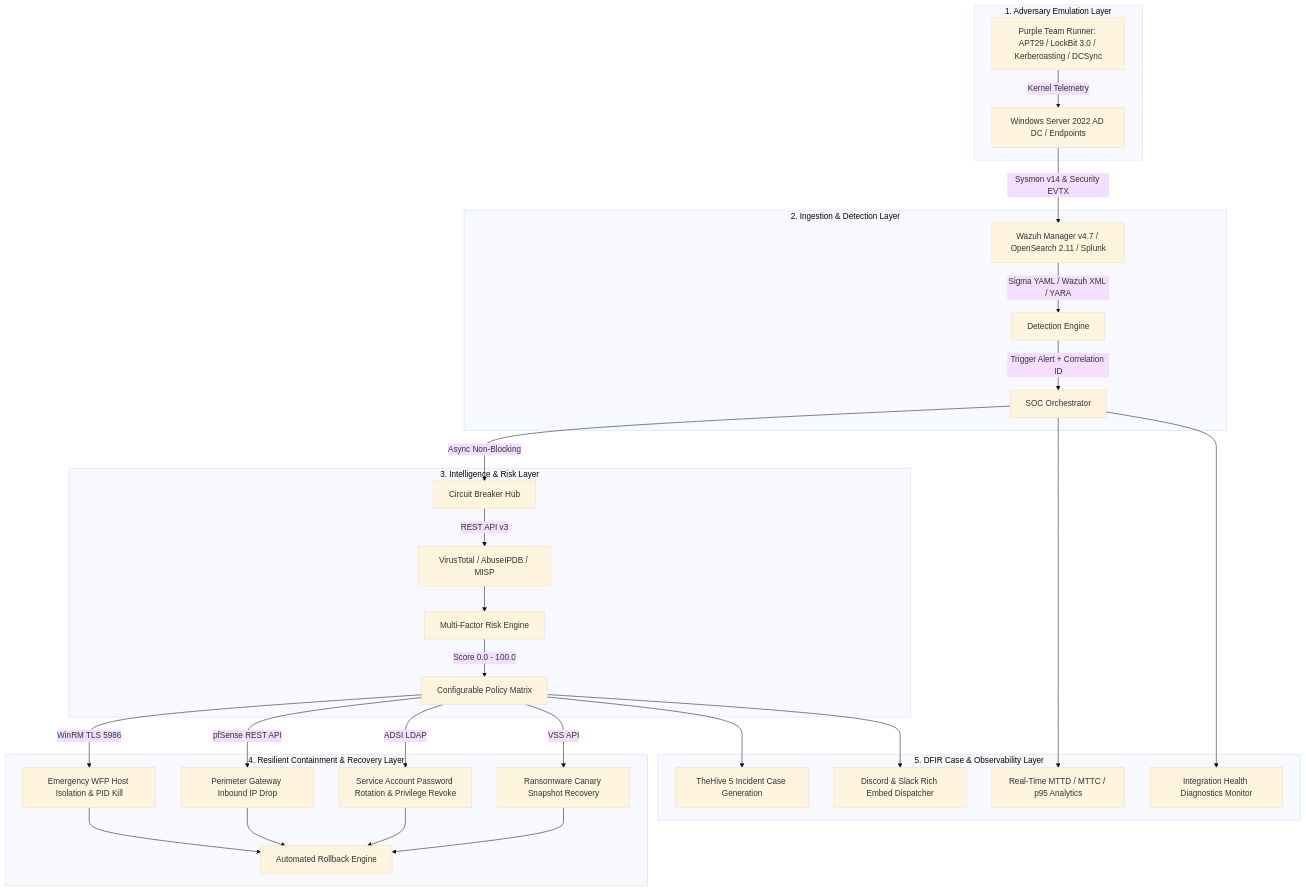
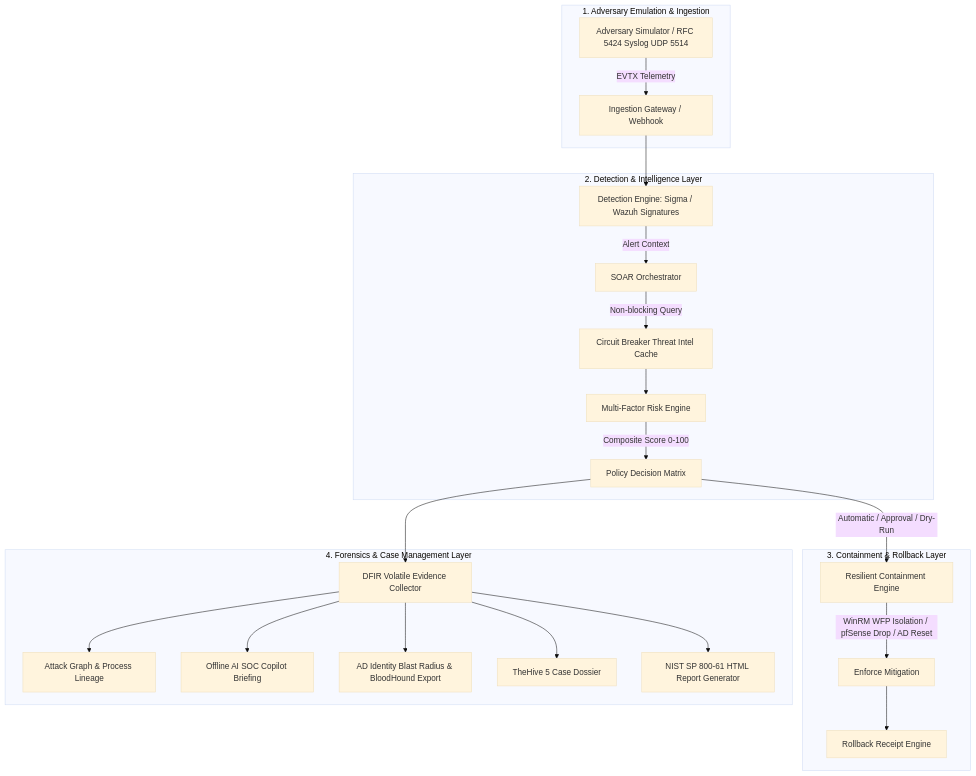
The diagram in README.md (lumidren/CyberPulse-SOC-Suite), drawn with Mermaid (base theme) before and after one commit. The commit also changed other lines of this file, not shown here.

Commit message:
docs(readme): ground documentation, clarify simulation vs production scope, and remove overstated metrics

````diff
--- a/README.md
+++ b/README.md
@@ -19,34 +45,29 @@
 ```mermaid
 flowchart TD
-    subgraph 1. Adversary Emulation Layer
-        APT[Purple Team Runner: APT29 / LockBit 3.0 / Kerberoasting / DCSync] -->|Kernel Telemetry| EP[Windows Server 2022 AD DC / Endpoints]
+    subgraph 1. Adversary Emulation & Ingestion
+        SIM[Adversary Simulator / RFC 5424 Syslog UDP 5514] -->|EVTX Telemetry| INGEST[Ingestion Gateway / Webhook]
     end
 
-    subgraph 2. Ingestion & Detection Layer
-        EP -->|Sysmon v14 & Security EVTX| WAZUH[Wazuh Manager v4.7 / OpenSearch 2.11 / Splunk]
-        WAZUH -->|Sigma YAML / Wazuh XML / YARA| DE[Detection Engine]
-        DE -->|Trigger Alert + Correlation ID| PIPELINE[SOC Orchestrator]
+    subgraph 2. Detection & Intelligence Layer
+        INGEST --> DE[Detection Engine: Sigma / Wazuh Signatures]
+        DE -->|Alert Context| ORCH[SOAR Orchestrator]
+        ORCH -->|Non-blocking Query| CB[Circuit Breaker Threat Intel Cache]
+        CB --> RISK[Multi-Factor Risk Engine]
+        RISK -->|Composite Score 0-100| POL[Policy Decision Matrix]
     end
 
-    subgraph 3. Intelligence & Risk Layer
-        PIPELINE -->|Async Non-Blocking| CB[Circuit Breaker Hub]
-        CB -->|REST API v3| VT[VirusTotal / AbuseIPDB / MISP]
-        VT --> RISK[Multi-Factor Risk Engine]
-        RISK -->|Score 0.0 - 100.0| POL[Configurable Policy Matrix]
+    subgraph 3. Containment & Rollback Layer
+        POL -->|Automatic / Approval / Dry-Run| CONT[Resilient Containment Engine]
+        CONT -->|WinRM WFP Isolation / pfSense Drop / AD Reset| ACTION[Enforce Mitigation]
+        ACTION --> ROLLBACK[Rollback Receipt Engine]
     end
 
-    subgraph 4. Resilient Containment & Recovery Layer
-        POL -->|WinRM TLS 5986| ISO[Emergency WFP Host Isolation & PID Kill]
-        POL -->|pfSense REST API| FW[Perimeter Gateway Inbound IP Drop]
-        POL -->|ADSI LDAP| AD[Service Account Password Rotation & Privilege Revoke]
-        POL -->|VSS API| VSS[Ransomware Canary Snapshot Recovery]
-        ISO & FW & AD & VSS --> ROLLBACK[Automated Rollback Engine]
-    end
-
-    subgraph 5. DFIR Case & Observability Layer
-        POL --> TH[TheHive 5 Incident Case Generation]
-        POL --> NOTIF[Discord & Slack Rich Embed Dispatcher]
-        PIPELINE --> METRICS[Real-Time MTTD / MTTC / p95 Analytics]
-        PIPELINE --> HEALTH[Integration Health Diagnostics Monitor]
+    subgraph 4. Forensics & Case Management Layer
+        POL --> DFIR[DFIR Volatile Evidence Collector]
+        DFIR --> GRAPH[Attack Graph & Process Lineage]
+        DFIR --> COPILOT[Offline AI SOC Copilot Briefing]
+        DFIR --> ID[AD Identity Blast Radius & BloodHound Export]
+        DFIR --> TH5[TheHive 5 Case Dossier]
+        DFIR --> REPORT[NIST SP 800-61 HTML Report Generator]
     end
 ```
````
